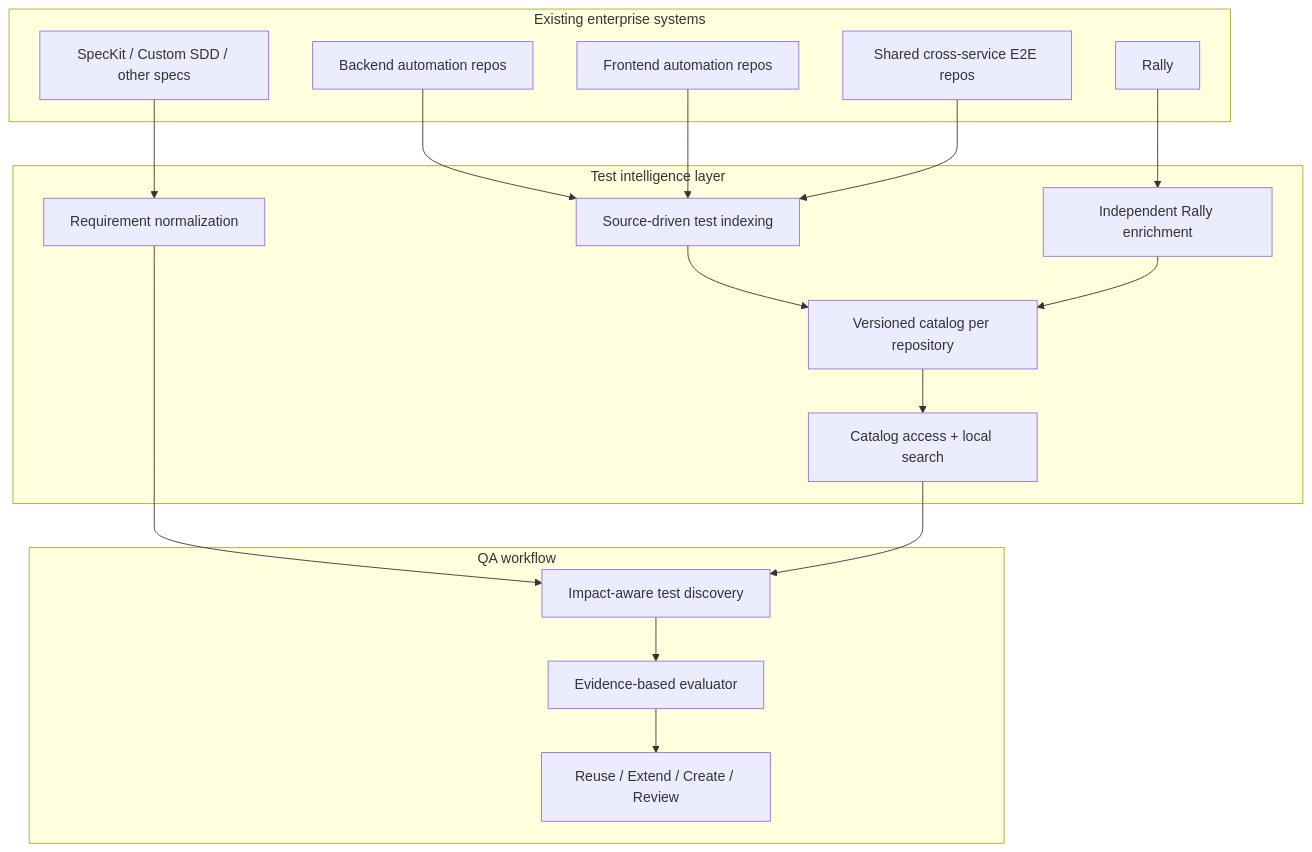
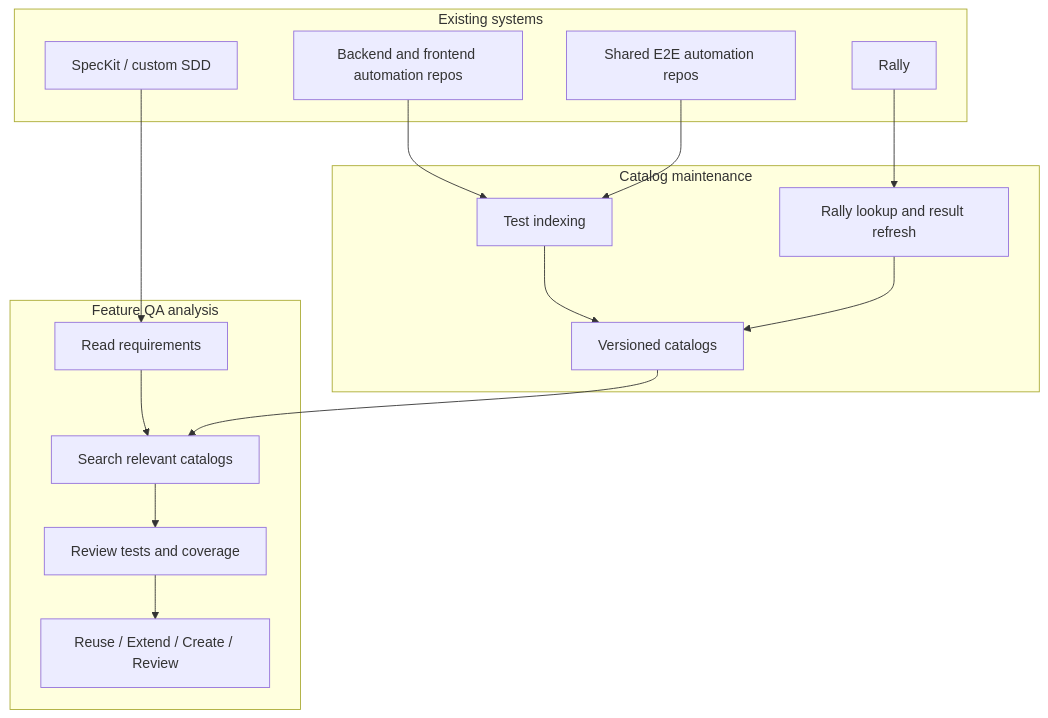
One commit to ghostlives/qa-catalog-indexing-architecture changed the first of 2 diagrams in docs/03-reference-architecture.md. Above: the diagram before and after it, drawn with Mermaid. The commit also changed other lines of this file and 5 other files, not shown here.

Commit message:
docs: review and simplify solution architecture language

````diff
--- a/docs/03-reference-architecture.md
+++ b/docs/03-reference-architecture.md
@@ -11,34 +9,30 @@
 ```mermaid
 flowchart TB
-  subgraph Sources["Existing enterprise systems"]
-    B["Backend automation repos"]
-    F["Frontend automation repos"]
-    E["Shared cross-service E2E repos"]
-    R["Rally"]
-    S["SpecKit / Custom SDD / other specs"]
-  end
-  subgraph Knowledge["Test intelligence layer"]
-    I["Source-driven test indexing"]
-    C["Versioned catalog per repository"]
-    H["Independent Rally enrichment"]
-    Q["Catalog access + local search"]
-    N["Requirement normalization"]
-  end
-  subgraph Reasoning["QA workflow"]
-    D["Impact-aware test discovery"]
-    V["Evidence-based evaluator"]
-    O["Reuse / Extend / Create / Review"]
-  end
-  B --> I
-  F --> I
-  E --> I
-  I --> C
-  R --> H
-  H --> C
-  S --> N
-  C --> Q
-  N --> D
-  Q --> D
-  D --> V
-  V --> O
+    subgraph Systems["Existing systems"]
+        A["Backend and frontend automation repos"]
+        E["Shared E2E automation repos"]
+        R["Rally"]
+        S["SpecKit / custom SDD"]
+    end
+    subgraph Catalog["Catalog maintenance"]
+        I["Test indexing"]
+        H["Rally lookup and result refresh"]
+        C["Versioned catalogs"]
+    end
+    subgraph QA["Feature QA analysis"]
+        N["Read requirements"]
+        Q["Search relevant catalogs"]
+        V["Review tests and coverage"]
+        O["Reuse / Extend / Create / Review"]
+    end
+    A --> I
+    E --> I
+    I --> C
+    R --> H
+    H --> C
+    S --> N
+    N --> Q
+    C --> Q
+    Q --> V
+    V --> O
 ```
````
